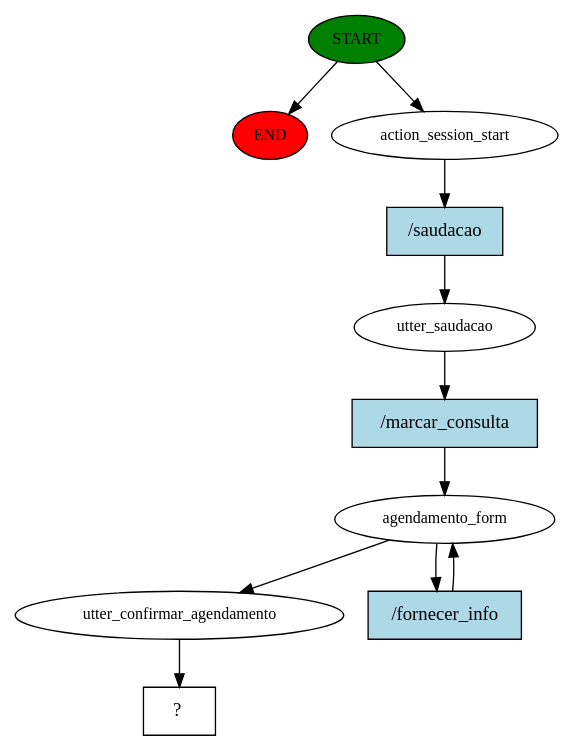
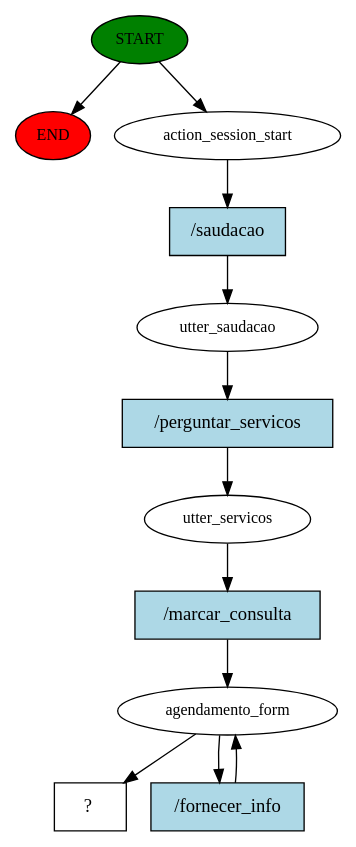
One commit to wosh1ngton/rasabot changed the diagram in chatbot-agent/story_graph.dot. Above: the diagram before and after it, drawn with Graphviz. The commit also changed 8 other files, not shown here.

```diff
--- a/chatbot-agent/story_graph.dot
+++ b/chatbot-agent/story_graph.dot
@@ -1,22 +1,24 @@
 digraph  {
 0 [class="start active", fillcolor=green, fontsize=12, label=START, style=filled];
 "-1" [class=end, fillcolor=red, fontsize=12, label=END, style=filled];
 1 [class=active, fontsize=12, label=action_session_start];
 2 [class=active, fontsize=12, label=utter_saudacao];
-3 [class=active, fontsize=12, label=agendamento_form];
-5 [class=active, fontsize=12, label=utter_confirmar_agendamento];
-6 [class="intent dashed active", label="  ?  ", shape=rect];
-7 [class="intent active", fillcolor=lightblue, label="/saudacao", shape=rect, style=filled];
-8 [class="intent active", fillcolor=lightblue, label="/marcar_consulta", shape=rect, style=filled];
-9 [class="intent active", fillcolor=lightblue, label="/fornecer_info", shape=rect, style=filled];
+3 [class=active, fontsize=12, label=utter_servicos];
+4 [class=active, fontsize=12, label=agendamento_form];
+8 [class="intent dashed active", label="  ?  ", shape=rect];
+9 [class="intent active", fillcolor=lightblue, label="/saudacao", shape=rect, style=filled];
+10 [class="intent active", fillcolor=lightblue, label="/perguntar_servicos", shape=rect, style=filled];
+11 [class="intent active", fillcolor=lightblue, label="/marcar_consulta", shape=rect, style=filled];
+12 [class="intent active", fillcolor=lightblue, label="/fornecer_info", shape=rect, style=filled];
 0 -> "-1"  [class="", key=NONE, label=""];
 0 -> 1  [class=active, key=NONE, label=""];
-1 -> 7  [class=active, key=0];
-2 -> 8  [class=active, key=0];
-3 -> 5  [class=active, key=NONE, label=""];
-3 -> 9  [class=active, key=0];
-5 -> 6  [class=active, key=NONE, label=""];
-7 -> 2  [class=active, key=0];
-8 -> 3  [class=active, key=0];
-9 -> 3  [class=active, key=0];
+1 -> 9  [class=active, key=0];
+2 -> 10  [class=active, key=0];
+3 -> 11  [class=active, key=0];
+4 -> 8  [class=active, key=NONE, label=""];
+4 -> 12  [class=active, key=0];
+9 -> 2  [class=active, key=0];
+10 -> 3  [class=active, key=0];
+11 -> 4  [class=active, key=0];
+12 -> 4  [class=active, key=0];
 }
```
